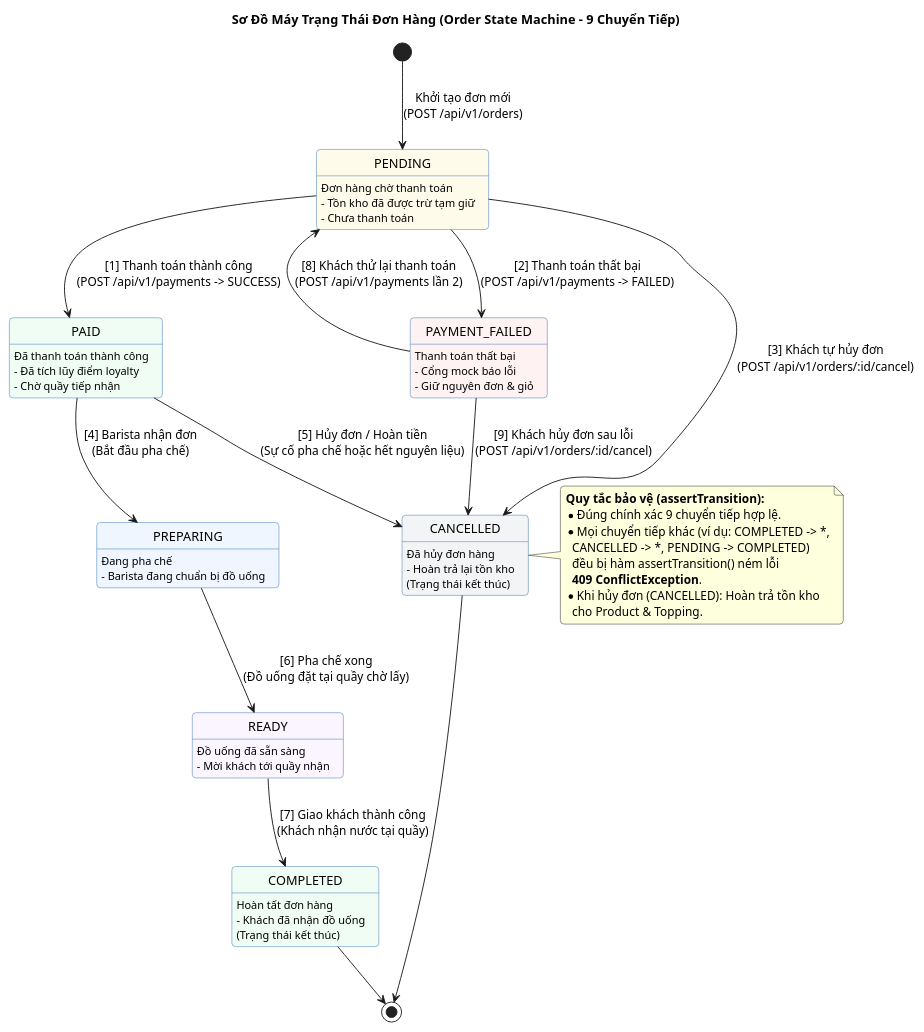
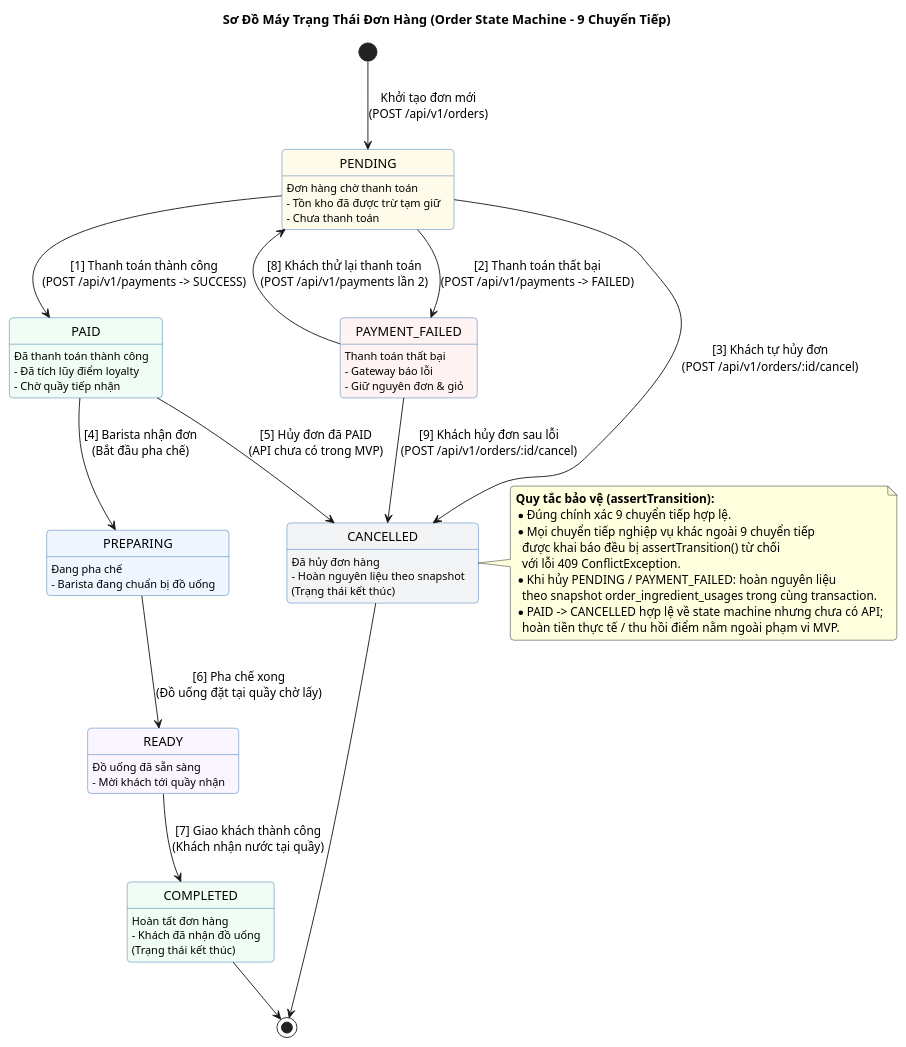
Before and after one commit to ChienPM-27/BrewLite_assignment2: the diagram in docs/diagrams/order-state-machine.puml, drawn with PlantUML. The commit also changed 6 other files, not shown here.

Commit message:
docs(order): complete SP1-06 requirements and diagrams

```diff
--- a/docs/diagrams/order-state-machine.puml
+++ b/docs/diagrams/order-state-machine.puml
@@ -1,58 +1,59 @@
 @startuml order-state-machine
 title Sơ Đồ Máy Trạng Thái Đơn Hàng (Order State Machine - 9 Chuyển Tiếp)
 skinparam defaultFontName Arial
 skinparam shadowing false
 skinparam roundcorner 8
 
 skinparam state {
     BackgroundColor #FFFFFF
     BorderColor #2B6CB0
     StartColor #2B6CB0
     EndColor #2D3748
 }
 
 [*] --> PENDING : Khởi tạo đơn mới\n(POST /api/v1/orders)
 
 state PENDING #FFFBEB : Đơn hàng chờ thanh toán\n- Tồn kho đã được trừ tạm giữ\n- Chưa thanh toán
 state PAID #F0FDF4 : Đã thanh toán thành công\n- Đã tích lũy điểm loyalty\n- Chờ quầy tiếp nhận
 state PREPARING #EFF6FF : Đang pha chế\n- Barista đang chuẩn bị đồ uống
 state READY #FAF5FF : Đồ uống đã sẵn sàng\n- Mời khách tới quầy nhận
 state COMPLETED #F0FDF4 : Hoàn tất đơn hàng\n- Khách đã nhận đồ uống\n(Trạng thái kết thúc)
-state PAYMENT_FAILED #FEF2F2 : Thanh toán thất bại\n- Cổng mock báo lỗi\n- Giữ nguyên đơn & giỏ
-state CANCELLED #F3F4F6 : Đã hủy đơn hàng\n- Hoàn trả lại tồn kho\n(Trạng thái kết thúc)
+state PAYMENT_FAILED #FEF2F2 : Thanh toán thất bại\n- Gateway báo lỗi\n- Giữ nguyên đơn & giỏ
+state CANCELLED #F3F4F6 : Đã hủy đơn hàng\n- Hoàn nguyên liệu theo snapshot\n(Trạng thái kết thúc)
 
 ' 1. Ba chuyển tiếp từ PENDING
 PENDING --> PAID : [1] Thanh toán thành công\n(POST /api/v1/payments -> SUCCESS)
 PENDING --> PAYMENT_FAILED : [2] Thanh toán thất bại\n(POST /api/v1/payments -> FAILED)
 PENDING --> CANCELLED : [3] Khách tự hủy đơn\n(POST /api/v1/orders/:id/cancel)
 
 ' 2. Hai chuyển tiếp từ PAID
 PAID --> PREPARING : [4] Barista nhận đơn\n(Bắt đầu pha chế)
-PAID --> CANCELLED : [5] Hủy đơn / Hoàn tiền\n(Sự cố pha chế hoặc hết nguyên liệu)
+PAID --> CANCELLED : [5] Hủy đơn đã PAID\n(API chưa có trong MVP)
 
 ' 3. Một chuyển tiếp từ PREPARING
 PREPARING --> READY : [6] Pha chế xong\n(Đồ uống đặt tại quầy chờ lấy)
 
 ' 4. Một chuyển tiếp từ READY
 READY --> COMPLETED : [7] Giao khách thành công\n(Khách nhận nước tại quầy)
 
 ' 5. Hai chuyển tiếp từ PAYMENT_FAILED
 PAYMENT_FAILED --> PENDING : [8] Khách thử lại thanh toán\n(POST /api/v1/payments lần 2)
 PAYMENT_FAILED --> CANCELLED : [9] Khách hủy đơn sau lỗi\n(POST /api/v1/orders/:id/cancel)
 
 ' Trạng thái kết thúc
 COMPLETED --> [*]
 CANCELLED --> [*]
 
 note right of CANCELLED
     **Quy tắc bảo vệ (assertTransition):**
     * Đúng chính xác 9 chuyển tiếp hợp lệ.
-    * Mọi chuyển tiếp khác (ví dụ: COMPLETED -> *,
-      CANCELLED -> *, PENDING -> COMPLETED)
-      đều bị hàm assertTransition() ném lỗi
-      **409 ConflictException**.
-    * Khi hủy đơn (CANCELLED): Hoàn trả tồn kho
-      cho Product & Topping.
+    * Mọi chuyển tiếp nghiệp vụ khác ngoài 9 chuyển tiếp
+      được khai báo đều bị assertTransition() từ chối
+      với lỗi 409 ConflictException.
+    * Khi hủy PENDING / PAYMENT_FAILED: hoàn nguyên liệu
+      theo snapshot order_ingredient_usages trong cùng transaction.
+    * PAID -> CANCELLED hợp lệ về state machine nhưng chưa có API;
+      hoàn tiền thực tế / thu hồi điểm nằm ngoài phạm vi MVP.
 end note
 
 @enduml
```
